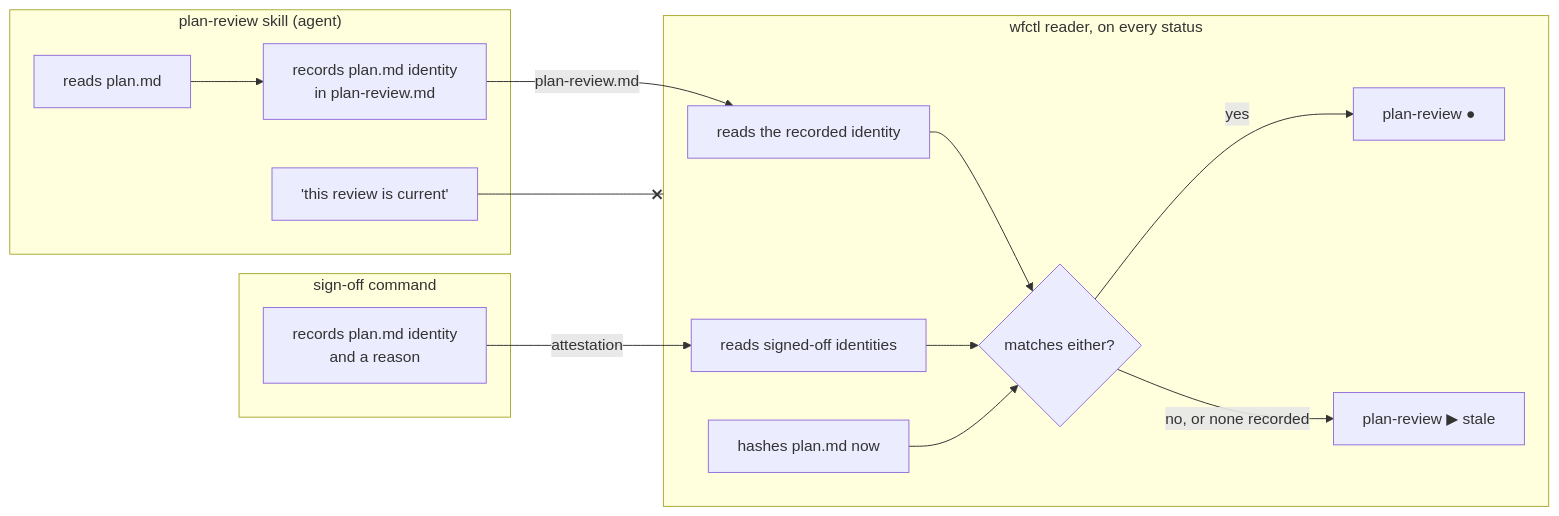
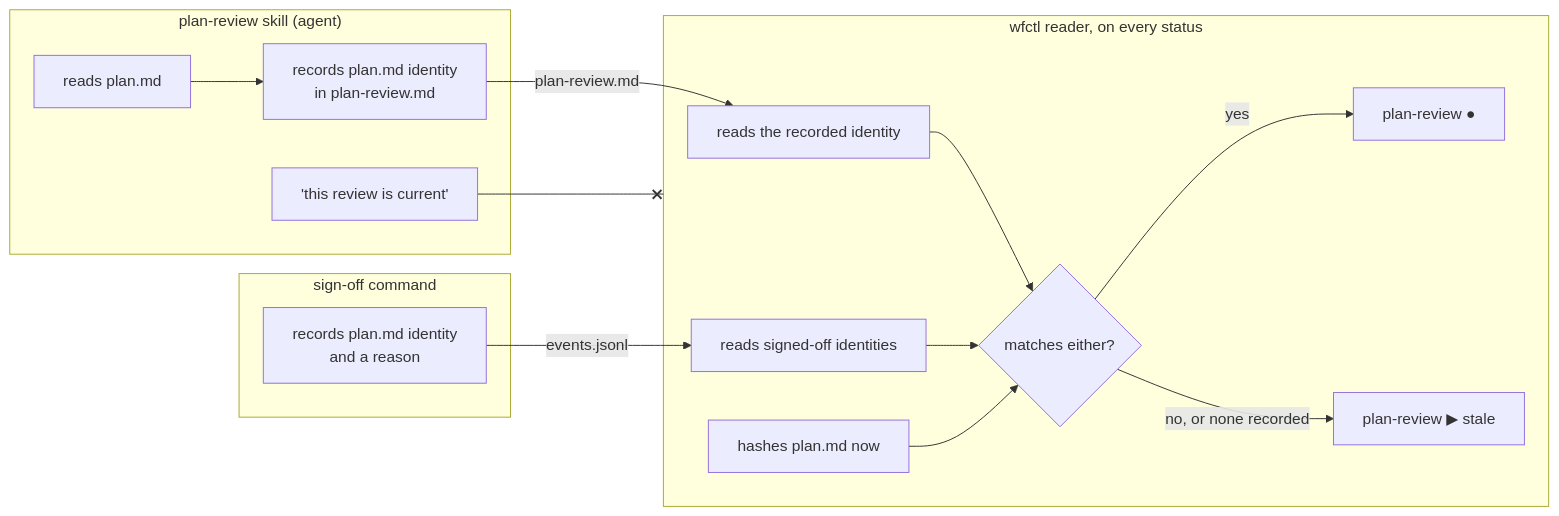
One commit to aamarin/wfctl changed the diagram in docs/architecture/wfctl-measures-a-review-against-the-plan-it-read.md. Above: the diagram before and after it, drawn with Mermaid. The commit also changed other lines of this file and 1 other file, not shown here.

First line of the commit message:
docs(architecture): name the revise mode in the wrapper split, and read a sign-off from wfctl's own events (#501)

````diff
--- a/docs/architecture/wfctl-measures-a-review-against-the-plan-it-read.md
+++ b/docs/architecture/wfctl-measures-a-review-against-the-plan-it-read.md
@@ -93,28 +93,28 @@
 ```mermaid
 flowchart LR
   subgraph skill["plan-review skill (agent)"]
     read["reads plan.md"]
     record["records plan.md identity<br/>in plan-review.md"]
     claim["'this review is current'"]
   end
   subgraph signoff["sign-off command"]
     accept["records plan.md identity<br/>and a reason"]
   end
   subgraph wfctl["wfctl reader, on every status"]
     recorded["reads the recorded identity"]
     signed["reads signed-off identities"]
     now["hashes plan.md now"]
     cmp{"matches either?"}
     done["plan-review ●"]
     stale["plan-review ▶ stale"]
   end
   read --> record
   record -- "plan-review.md" --> recorded
-  accept -- "attestation" --> signed
+  accept -- "events.jsonl" --> signed
   recorded --> cmp
   signed --> cmp
   now --> cmp
   cmp -- yes --> done
   cmp -- no, or none recorded --> stale
   claim --x wfctl
 ```
````
